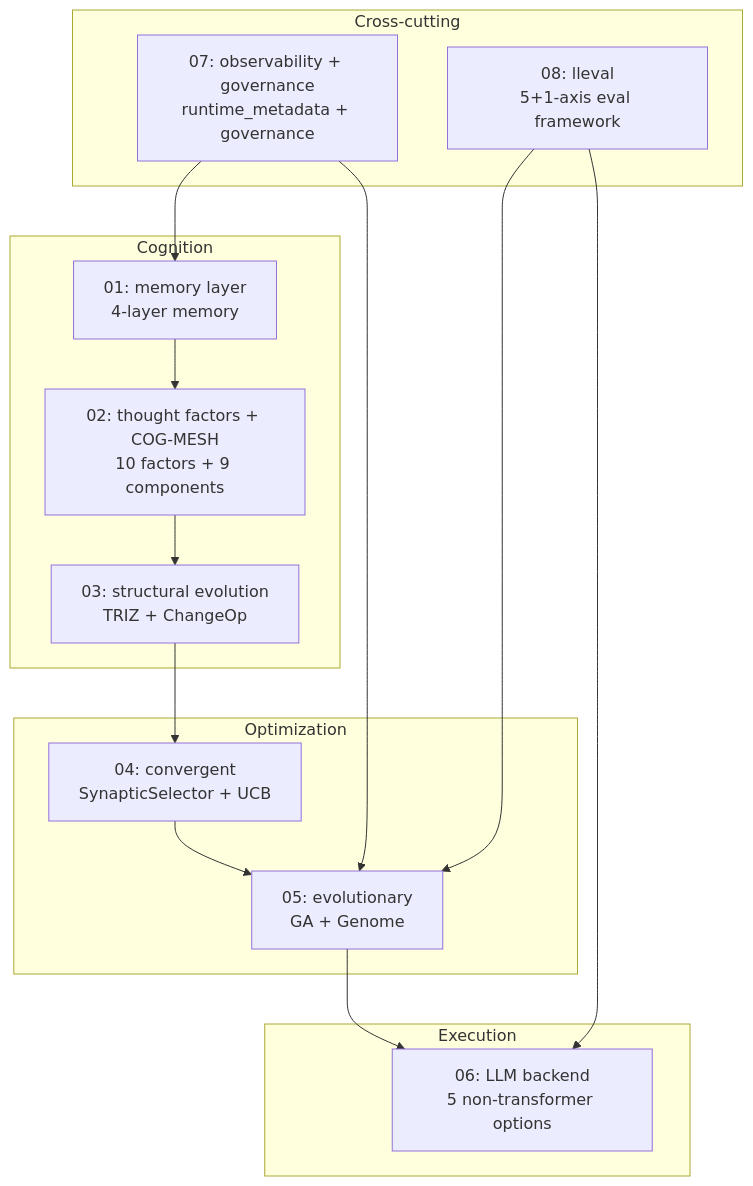
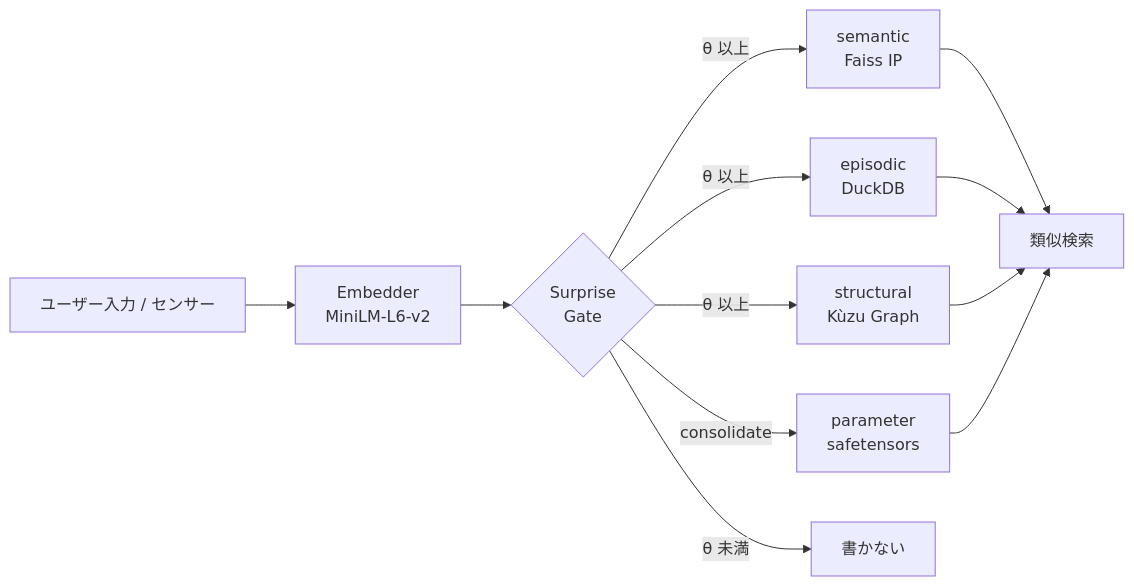
Before and after one commit to furuse-kazufumi/fullsense: the second of 16 diagrams in tools/qiita-cli-poc/public/07b4882e872994b27b3c.md, drawn with Mermaid. The commit also changed other lines of this file and 51 other files, not shown here.

````diff
--- a/tools/qiita-cli-poc/public/07b4882e872994b27b3c.md
+++ b/tools/qiita-cli-poc/public/07b4882e872994b27b3c.md
@@ -197,28 +189,14 @@
 ```mermaid
-flowchart TB
-    subgraph Cognition
-      M[01: memory layer<br/>4-layer memory]
-      C[02: thought factors + COG-MESH<br/>10 factors + 9 components]
-      S[03: structural evolution<br/>TRIZ + ChangeOp]
-    end
-    subgraph Optimization
-      OPT_CONV[04: convergent<br/>SynapticSelector + UCB]
-      OPT_EVO[05: evolutionary<br/>GA + Genome]
-    end
-    subgraph Execution
-      BE[06: LLM backend<br/>5 non-transformer options]
-    end
-    subgraph Cross-cutting
-      OBS[07: observability + governance<br/>runtime_metadata + governance]
-      EVAL[08: lleval<br/>5+1-axis eval framework]
-    end
-    M --> C
-    C --> S
-    S --> OPT_CONV
-    OPT_CONV --> OPT_EVO
-    OPT_EVO --> BE
-    OBS --> M
-    OBS --> OPT_EVO
-    EVAL --> BE
-    EVAL --> OPT_EVO
+flowchart LR
+    User[ユーザー入力 / センサー] --> Encoder[Embedder<br/>MiniLM-L6-v2]
+    Encoder --> Gate{Surprise<br/>Gate}
+    Gate -->|θ 以上| SEM[semantic<br/>Faiss IP]
+    Gate -->|θ 以上| EPI[episodic<br/>DuckDB]
+    Gate -->|θ 以上| STR[structural<br/>Kùzu Graph]
+    Gate -->|consolidate| PAR[parameter<br/>safetensors]
+    Gate -->|θ 未満| Discard[書かない]
+    SEM --> Recall[類似検索]
+    EPI --> Recall
+    STR --> Recall
+    PAR --> Recall
 ```
````
